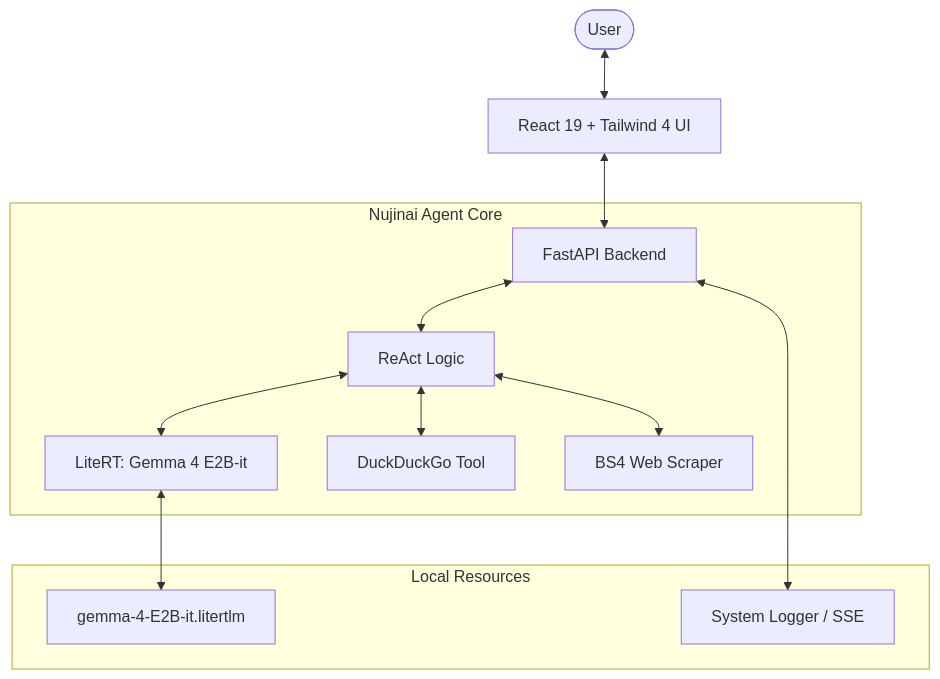
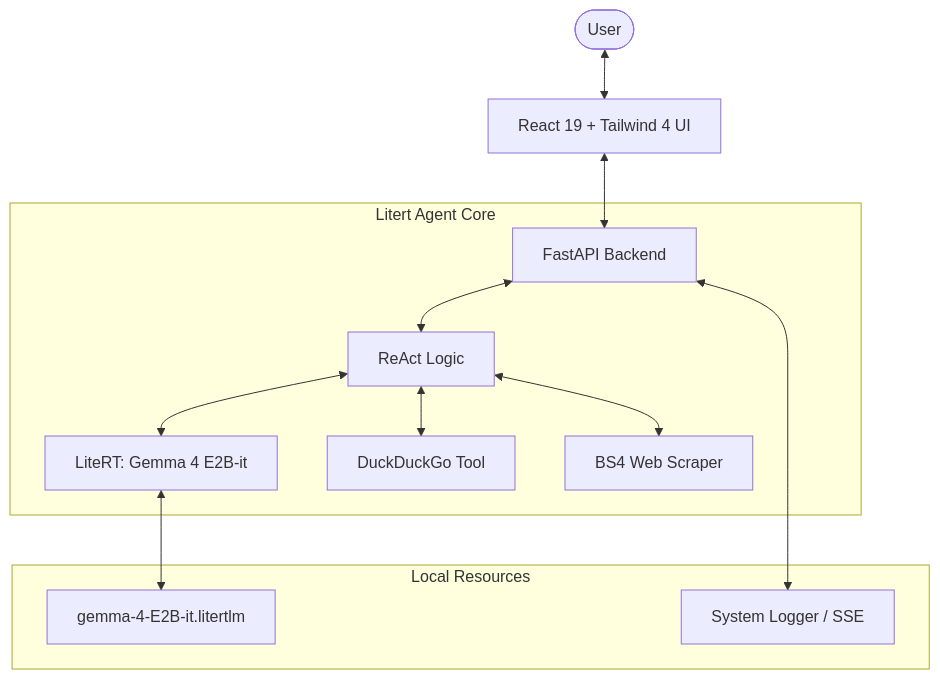
Before and after one commit to christonomous/Litert: the diagram in README.md, drawn with Mermaid. The commit also changed other lines of this file and 4 other files, not shown here.

````diff
--- a/README.md
+++ b/README.md
@@ -39,17 +36,17 @@
 ```mermaid
 graph TD
     User([User]) <--> Frontend[React 19 + Tailwind 4 UI]
     Frontend <--> API[FastAPI Backend]
     
-    subgraph "Nujinai Agent Core"
+    subgraph "Litert Agent Core"
         API <--> Agent[ReAct Logic]
         Agent <--> Engine[LiteRT: Gemma 4 E2B-it]
         Agent <--> Search[DuckDuckGo Tool]
         Agent <--> Scraping[BS4 Web Scraper]
     end
     
     subgraph "Local Resources"
         Engine <--> Model[gemma-4-E2B-it.litertlm]
         API <--> Status[System Logger / SSE]
     end
 ```
````
